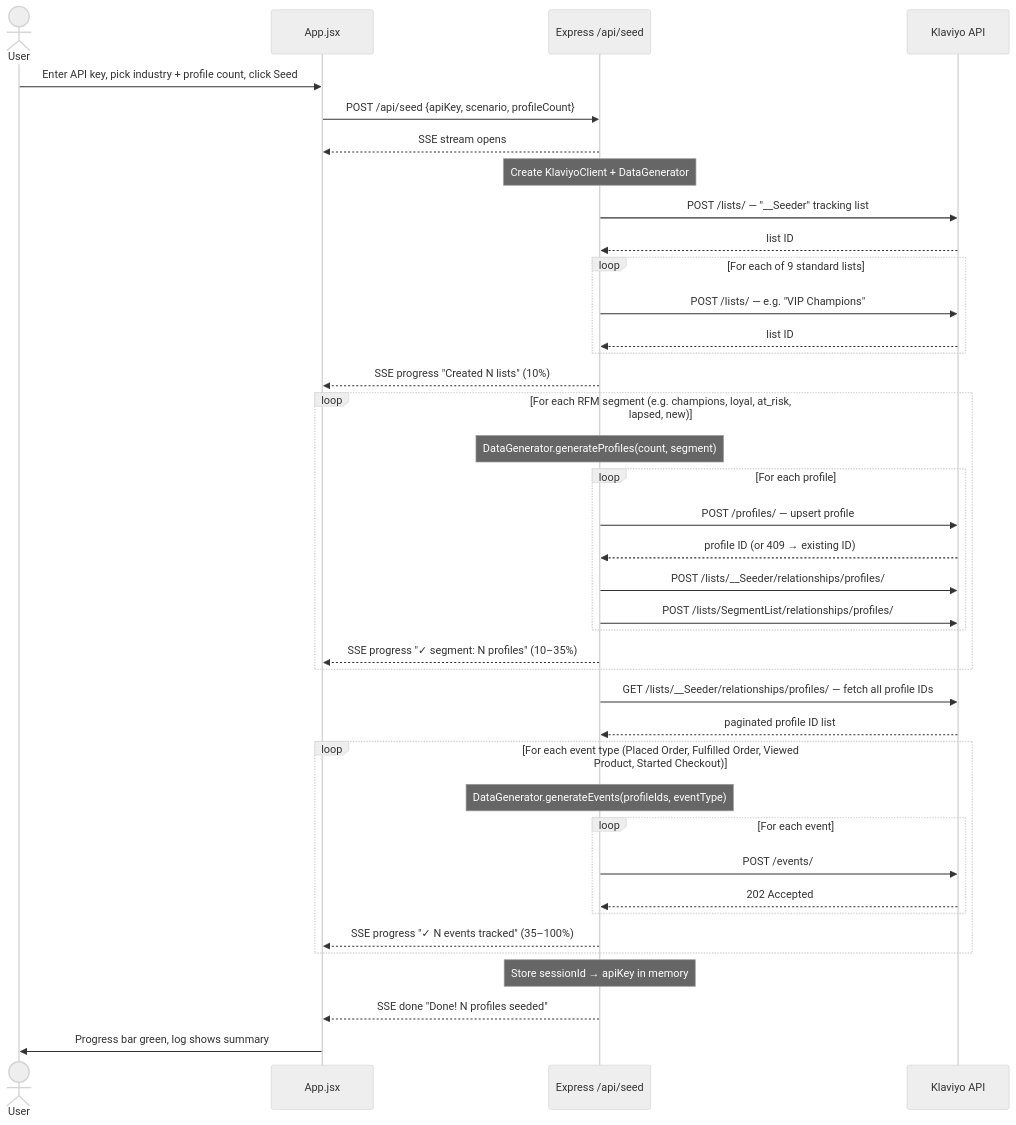
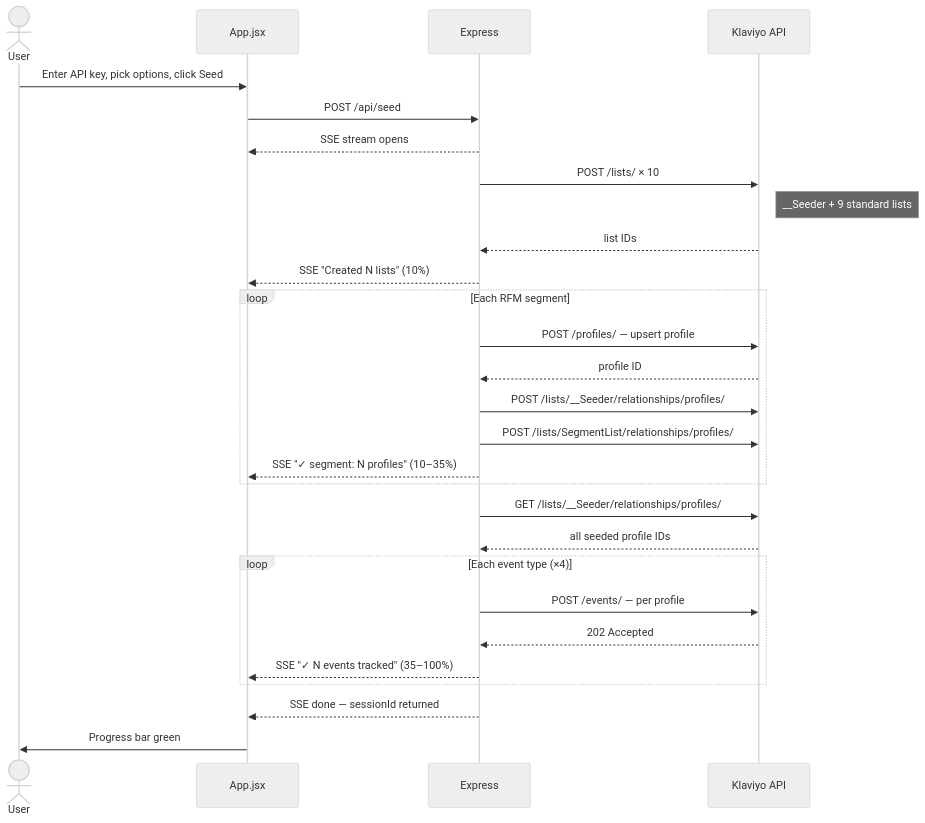
Before and after one commit to eeberhart40/klaviyo-sandbox-seeder: the diagram in docs/sequence-seed.md, drawn with Mermaid (neutral theme). The commit also changed other lines of this file and 2 other files, not shown here.

Commit message:
Restructure diagrams: top-down, narrow, split into focused sections [csc]

````diff
--- a/docs/sequence-seed.md
+++ b/docs/sequence-seed.md
@@ -5,48 +3,36 @@
 ```mermaid
 sequenceDiagram
     actor User
     participant UI as App.jsx
-    participant Server as Express /api/seed
+    participant Server as Express
     participant Klaviyo as Klaviyo API
 
-    User->>UI: Enter API key, pick industry + profile count, click Seed
-    UI->>Server: POST /api/seed {apiKey, scenario, profileCount}
+    User->>UI: Enter API key, pick options, click Seed
+    UI->>Server: POST /api/seed
     Server-->>UI: SSE stream opens
 
-    Note over Server: Create KlaviyoClient + DataGenerator
+    Server->>Klaviyo: POST /lists/ × 10
+    Note right of Klaviyo: __Seeder + 9 standard lists
+    Klaviyo-->>Server: list IDs
+    Server-->>UI: SSE "Created N lists" (10%)
 
-    Server->>Klaviyo: POST /lists/ — "__Seeder" tracking list
-    Klaviyo-->>Server: list ID
-    loop For each of 9 standard lists
-        Server->>Klaviyo: POST /lists/ — e.g. "VIP Champions"
-        Klaviyo-->>Server: list ID
-    end
-    Server-->>UI: SSE progress "Created N lists" (10%)
-
-    loop For each RFM segment (e.g. champions, loyal, at_risk, lapsed, new)
-        Note over Server: DataGenerator.generateProfiles(count, segment)
-        loop For each profile
-            Server->>Klaviyo: POST /profiles/ — upsert profile
-            Klaviyo-->>Server: profile ID (or 409 → existing ID)
-            Server->>Klaviyo: POST /lists/__Seeder/relationships/profiles/
-            Server->>Klaviyo: POST /lists/SegmentList/relationships/profiles/
-        end
-        Server-->>UI: SSE progress "✓ segment: N profiles" (10–35%)
+    loop Each RFM segment
+        Server->>Klaviyo: POST /profiles/ — upsert profile
+        Klaviyo-->>Server: profile ID
+        Server->>Klaviyo: POST /lists/__Seeder/relationships/profiles/
+        Server->>Klaviyo: POST /lists/SegmentList/relationships/profiles/
+        Server-->>UI: SSE "✓ segment: N profiles" (10–35%)
     end
 
-    Server->>Klaviyo: GET /lists/__Seeder/relationships/profiles/ — fetch all profile IDs
-    Klaviyo-->>Server: paginated profile ID list
+    Server->>Klaviyo: GET /lists/__Seeder/relationships/profiles/
+    Klaviyo-->>Server: all seeded profile IDs
 
-    loop For each event type (Placed Order, Fulfilled Order, Viewed Product, Started Checkout)
-        Note over Server: DataGenerator.generateEvents(profileIds, eventType)
-        loop For each event
-            Server->>Klaviyo: POST /events/
-            Klaviyo-->>Server: 202 Accepted
-        end
-        Server-->>UI: SSE progress "✓ N events tracked" (35–100%)
+    loop Each event type (×4)
+        Server->>Klaviyo: POST /events/ — per profile
+        Klaviyo-->>Server: 202 Accepted
+        Server-->>UI: SSE "✓ N events tracked" (35–100%)
     end
 
-    Note over Server: Store sessionId → apiKey in memory
-    Server-->>UI: SSE done "Done! N profiles seeded"
-    UI->>User: Progress bar green, log shows summary
+    Server-->>UI: SSE done — sessionId returned
+    UI->>User: Progress bar green
 ```
````
